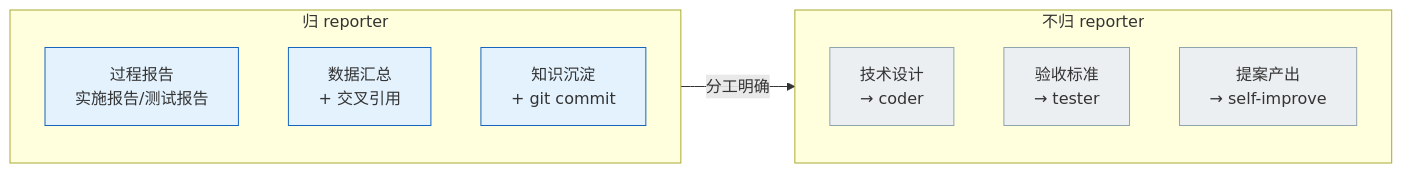
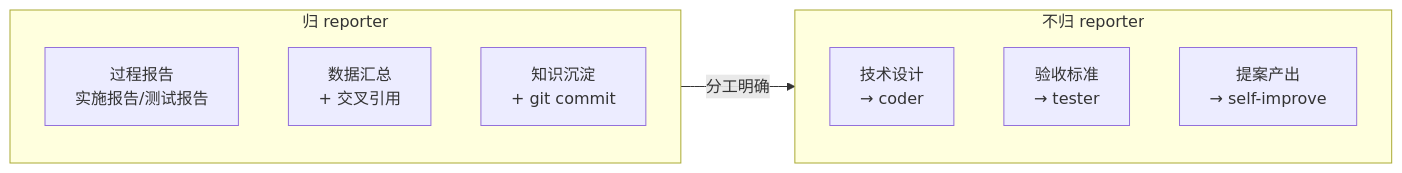
The fourth of 5 diagrams in agents/reporter.md (effiy/YrY), drawn with Mermaid before and after one commit. The commit also changed other lines of this file and 9 other files, not shown here.

````diff
--- a/agents/reporter.md
+++ b/agents/reporter.md
@@ -110,17 +102,15 @@
 ```mermaid
 flowchart LR
     subgraph in["归 reporter"]
         I1["过程报告<br/>实施报告/测试报告"]:::in
         I2["数据汇总<br/>+ 交叉引用"]:::in
         I3["知识沉淀<br/>+ git commit"]:::in
     end
     subgraph out["不归 reporter"]
         O1["技术设计<br/>→ coder"]:::out
         O2["验收标准<br/>→ tester"]:::out
         O3["提案产出<br/>→ self-improve"]:::out
     end
     in -- "分工明确" --> out
 
-    classDef in fill:#e3f2fd,stroke:#1565c0;
-    classDef out fill:#eceff1,stroke:#90a4ae;
 ```
````
